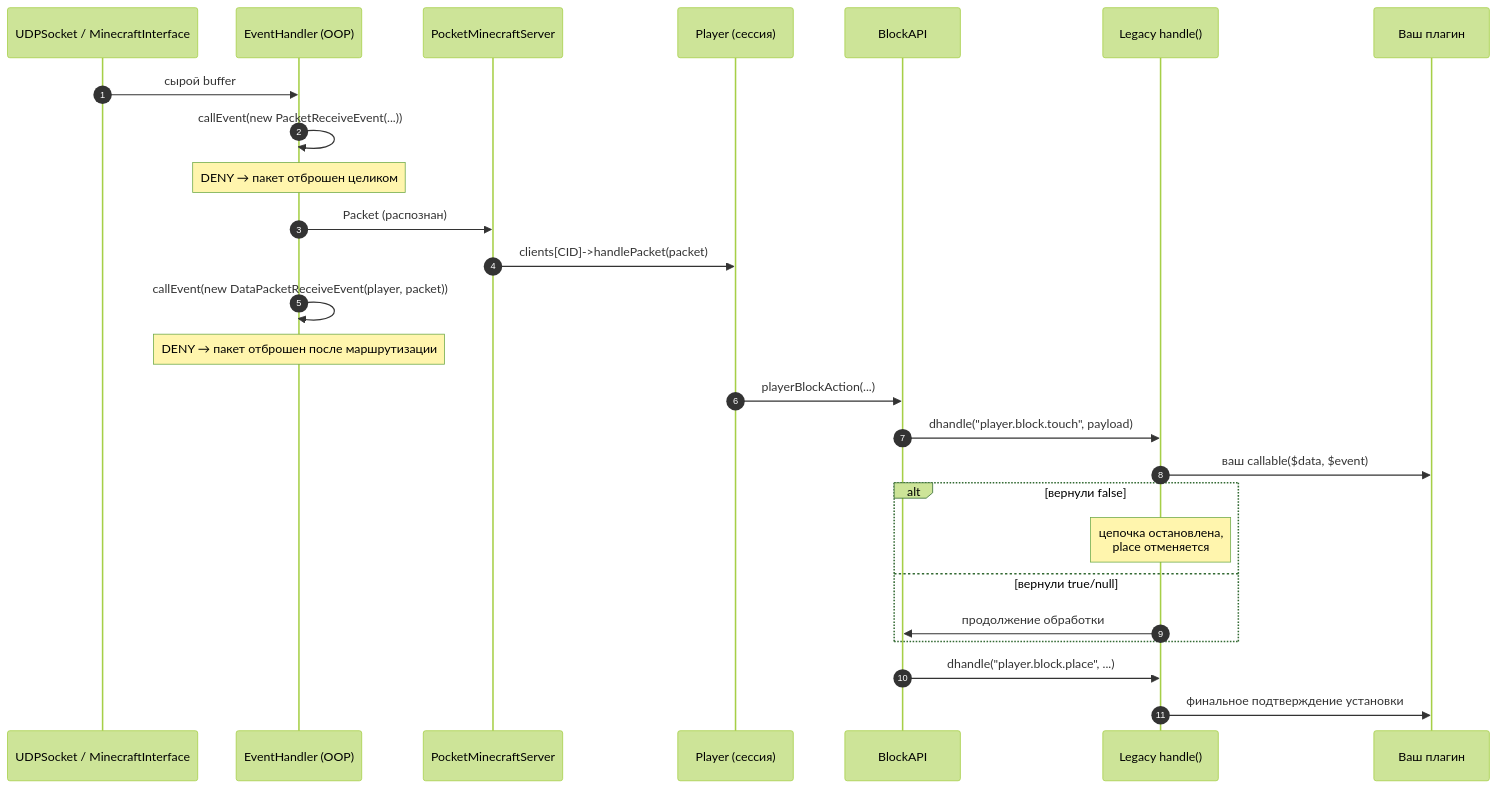
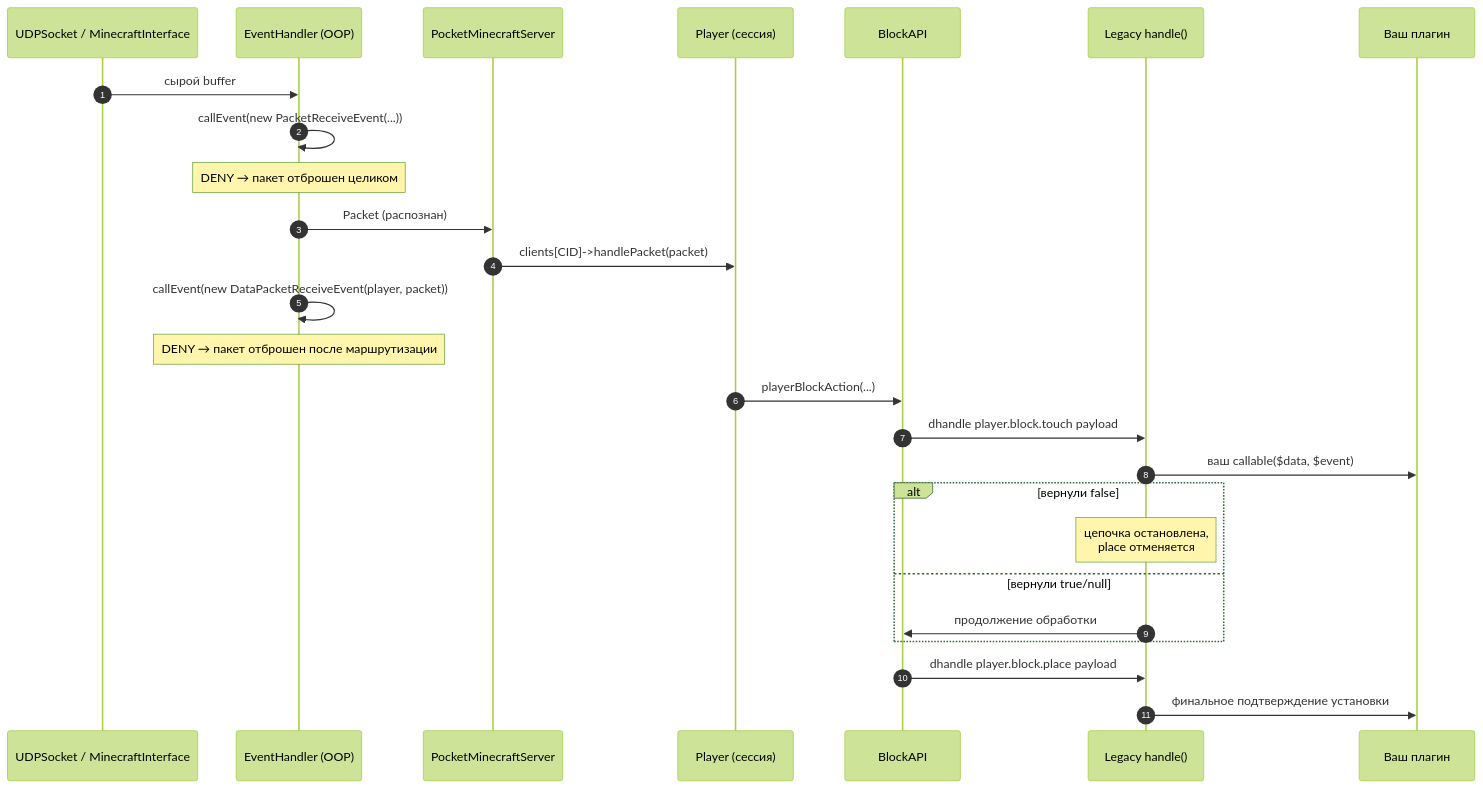
One commit to MineDg2665/WorldPECore changed the fifth of 9 diagrams in docs/01-introduction.md. Above: the diagram before and after it, drawn with Mermaid (forest theme). The commit also changed other lines of this file and 2 other files, not shown here.

````diff
--- a/docs/01-introduction.md
+++ b/docs/01-introduction.md
@@ -462,29 +462,29 @@
 ```mermaid
 sequenceDiagram
     autonumber
     participant Net as UDPSocket / MinecraftInterface
     participant EV as EventHandler (OOP)
     participant PMS as PocketMinecraftServer
     participant Pl as Player (сессия)
     participant BA as BlockAPI
     participant Leg as Legacy handle()
     participant Pg as Ваш плагин
 
     Net->>EV: сырой buffer
     EV->>EV: callEvent(new PacketReceiveEvent(...))
     Note over EV: DENY → пакет отброшен целиком
     EV->>PMS: Packet (распознан)
     PMS->>Pl: clients[CID]->handlePacket(packet)
     EV->>EV: callEvent(new DataPacketReceiveEvent(player, packet))
     Note over EV: DENY → пакет отброшен после маршрутизации
     Pl->>BA: playerBlockAction(...)
-    BA->>Leg: dhandle("player.block.touch", payload)
+    BA->>Leg: dhandle player.block.touch payload
     Leg->>Pg: ваш callable($data, $event)
     alt вернули false
         Note over Leg: цепочка остановлена,<br/>place отменяется
     else вернули true/null
         Leg->>BA: продолжение обработки
     end
-    BA->>Leg: dhandle("player.block.place", ...)
+    BA->>Leg: dhandle player.block.place payload
     Leg->>Pg: финальное подтверждение установки
 ```
````
